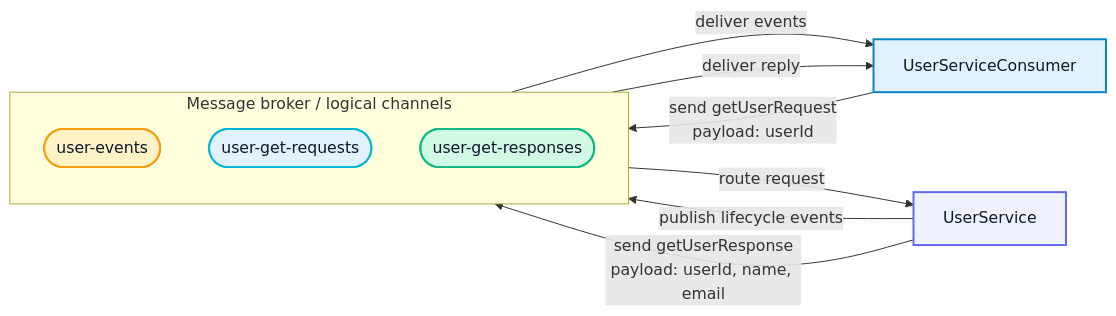
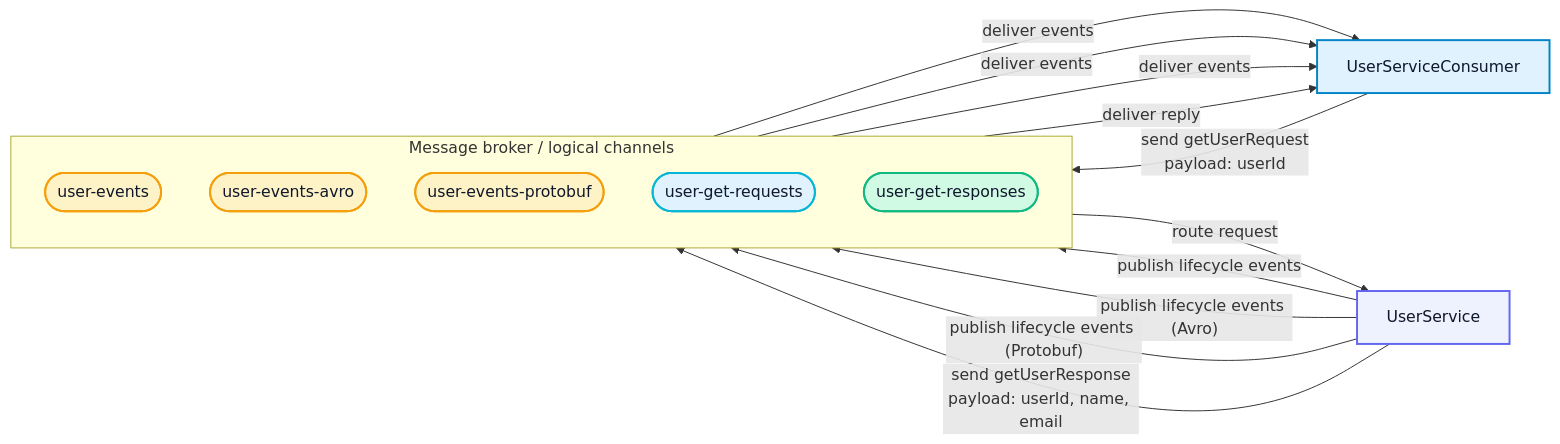
Before and after one commit to pactflow/example-bi-directional-provider-asyncapi: the diagram in README.md, drawn with Mermaid. The commit also changed other lines of this file and 14 other files, not shown here.

Commit message:
feat: add avro + protobuf example

````diff
--- a/README.md
+++ b/README.md
@@ -223,33 +360,41 @@
 ```mermaid
 flowchart LR
   consumer["UserServiceConsumer"]
   provider["UserService"]
 
   subgraph broker["Message broker / logical channels"]
     direction TB
     events(["user-events"])
+    eventsAvro(["user-events-avro"])
+    eventsProtobuf(["user-events-protobuf"])
     requests(["user-get-requests"])
     responses(["user-get-responses"])
   end
 
   provider -- "publish lifecycle events" --> events
   events -- "deliver events" --> consumer
+
+  provider -- "publish lifecycle events (Avro)" --> eventsAvro
+  eventsAvro -- "deliver events" --> consumer
+
+  provider -- "publish lifecycle events (Protobuf)" --> eventsProtobuf
+  eventsProtobuf -- "deliver events" --> consumer
 
   consumer -- "send getUserRequest<br/>payload: userId" --> requests
   requests -- "route request" --> provider
 
   provider -- "send getUserResponse<br/>payload: userId, name, email" --> responses
   responses -- "deliver reply" --> consumer
 
   classDef app fill:#e0f2fe,stroke:#0284c7,stroke-width:2px,color:#0f172a;
   classDef service fill:#eef2ff,stroke:#6366f1,stroke-width:2px,color:#0f172a;
   classDef eventStream fill:#fef3c7,stroke:#f59e0b,stroke-width:2px,color:#0f172a;
   classDef request fill:#e0f2fe,stroke:#06b6d4,stroke-width:2px,color:#0f172a;
   classDef response fill:#d1fae5,stroke:#10b981,stroke-width:2px,color:#0f172a;
 
   class consumer app;
   class provider service;
-  class events eventStream;
+  class events,eventsAvro,eventsProtobuf eventStream;
   class requests request;
   class responses response;
 ```
````
